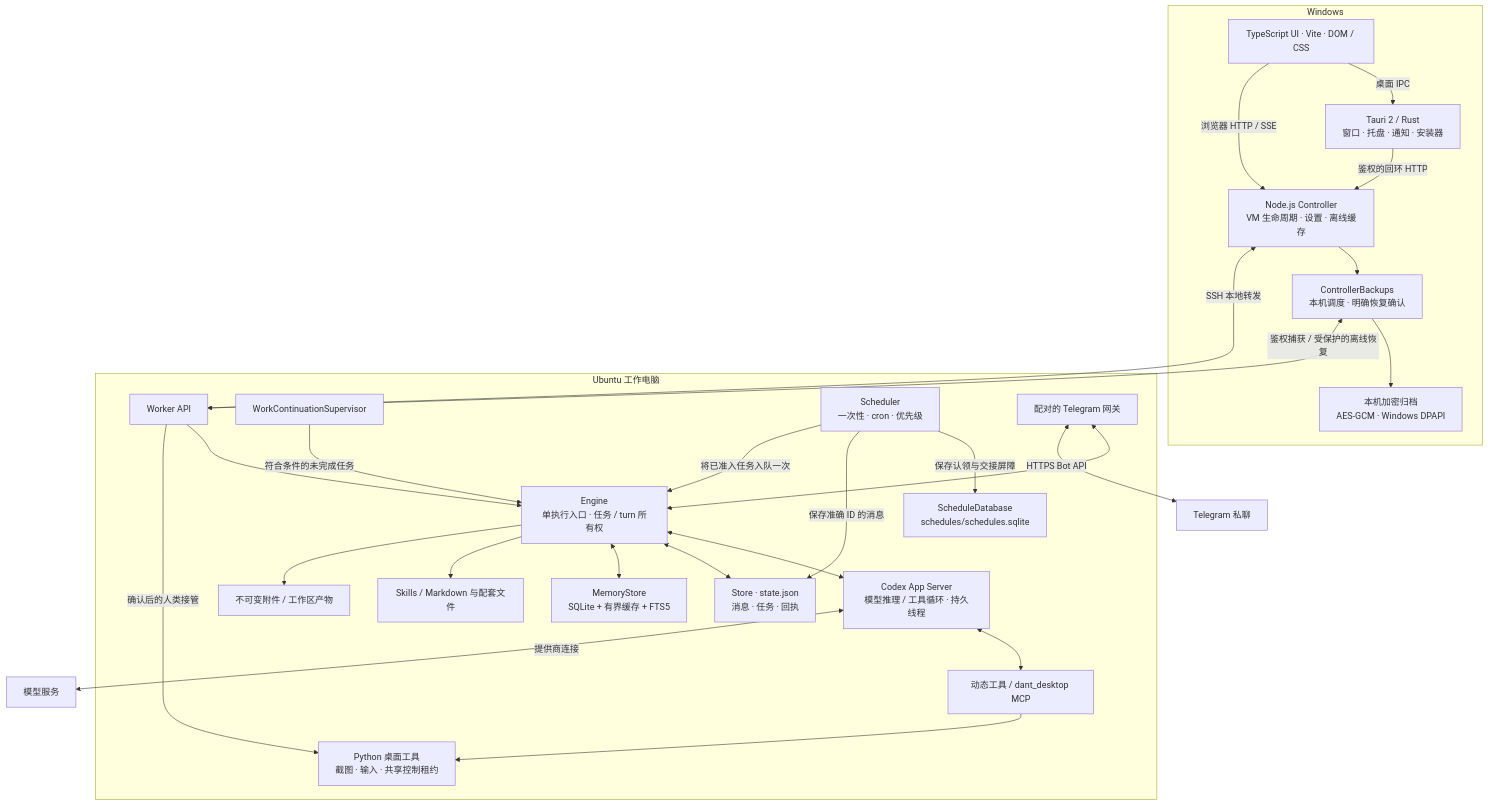
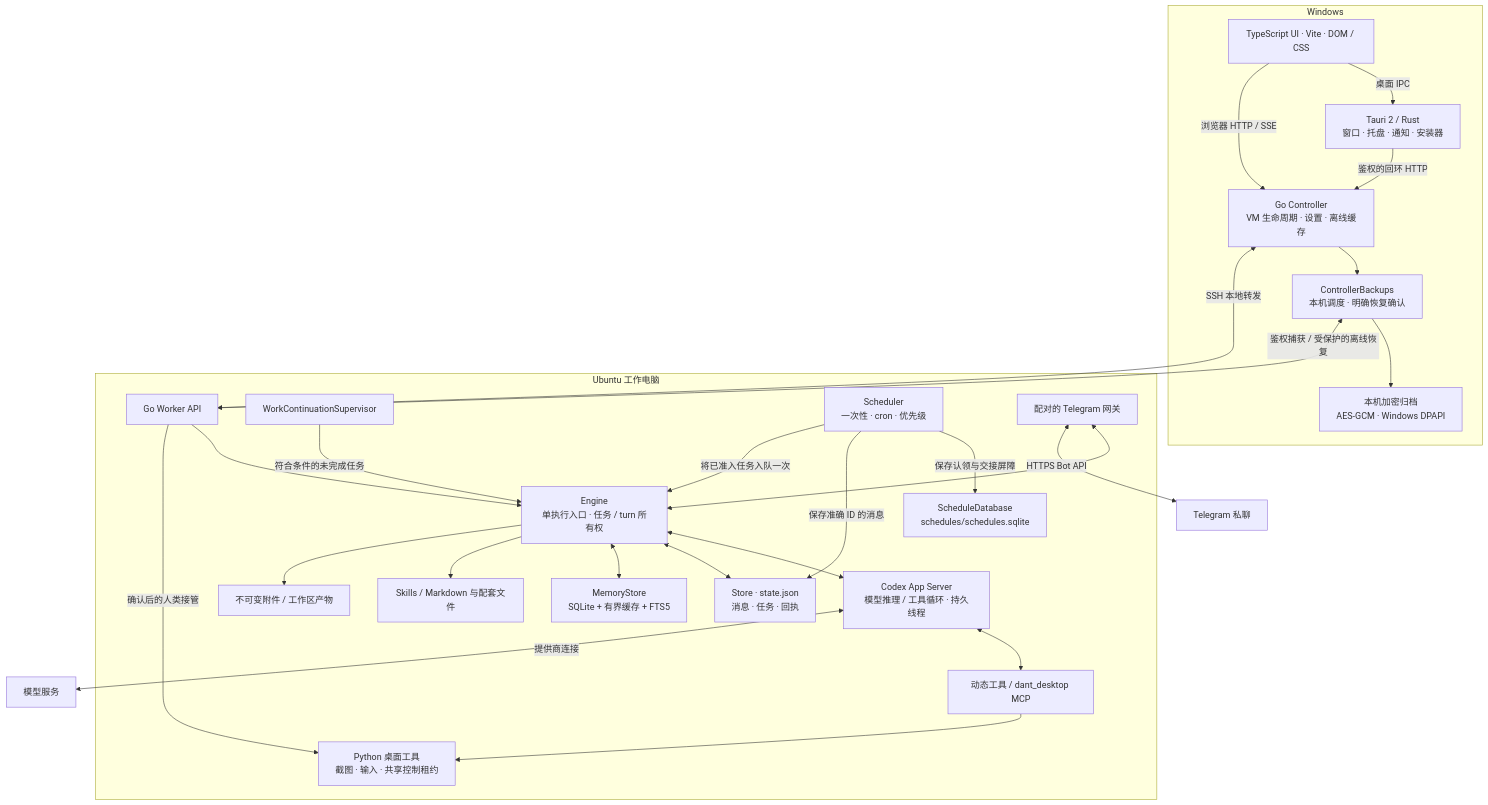
The first of 5 diagrams in docs/zh-CN/architecture.md (Stephen-Sim/dant), drawn with Mermaid before and after one commit. The commit also changed other lines of this file and 410 other files, not shown here.

Commit message:
feat: move controller and worker runtime to Go core

````diff
--- a/docs/zh-CN/architecture.md
+++ b/docs/zh-CN/architecture.md
@@ -11,48 +11,48 @@
 ```mermaid
 flowchart TB
   subgraph Windows
     UI[TypeScript UI · Vite · DOM / CSS]
     Native[Tauri 2 / Rust<br/>窗口 · 托盘 · 通知 · 安装器]
-    Controller[Node.js Controller<br/>VM 生命周期 · 设置 · 离线缓存]
+    Controller[Go Controller<br/>VM 生命周期 · 设置 · 离线缓存]
     Backups[ControllerBackups<br/>本机调度 · 明确恢复确认]
     Vault[本机加密归档<br/>AES-GCM · Windows DPAPI]
     UI -->|桌面 IPC| Native
     Native -->|鉴权的回环 HTTP| Controller
     UI -->|浏览器 HTTP / SSE| Controller
     Controller --> Backups
     Backups --> Vault
   end
   subgraph Ubuntu 工作电脑
-    Worker[Worker API]
+    Worker[Go Worker API]
     Engine[Engine<br/>单执行入口 · 任务 / turn 所有权]
     Heartbeat[WorkContinuationSupervisor]
     Scheduler[Scheduler<br/>一次性 · cron · 优先级]
     Codex[Codex App Server<br/>模型推理 / 工具循环 · 持久线程]
     Tools[动态工具 / dant_desktop MCP]
     Desktop[Python 桌面工具<br/>截图 · 输入 · 共享控制租约]
     State[Store · state.json<br/>消息 · 任务 · 回执]
     ScheduleDB[ScheduleDatabase<br/>schedules/schedules.sqlite]
     Memory[MemoryStore<br/>SQLite + 有界缓存 + FTS5]
     Skills[Skills / Markdown 与配套文件]
     Files[不可变附件 / 工作区产物]
     Telegram[配对的 Telegram 网关]
     Worker --> Engine
     Heartbeat -->|符合条件的未完成任务| Engine
     Scheduler -->|保存认领与交接屏障| ScheduleDB
     Scheduler -->|保存准确 ID 的消息| State
     Scheduler -->|将已准入任务入队一次| Engine
     Telegram <--> Engine
     Engine <--> Codex
     Codex <--> Tools
     Tools --> Desktop
     Engine <--> State
     Engine <--> Memory
     Engine --> Skills
     Engine --> Files
     Worker -->|确认后的人类接管| Desktop
   end
   Controller <-->|SSH 本地转发| Worker
   Backups <-->|鉴权捕获 / 受保护的离线恢复| Worker
   Codex <-->|提供商连接| Models[模型服务]
   Telegram <-->|HTTPS Bot API| Phone[Telegram 私聊]
 ```
````
